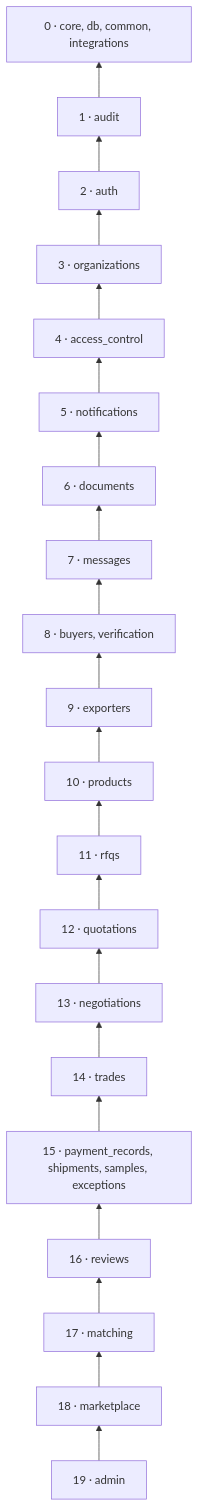
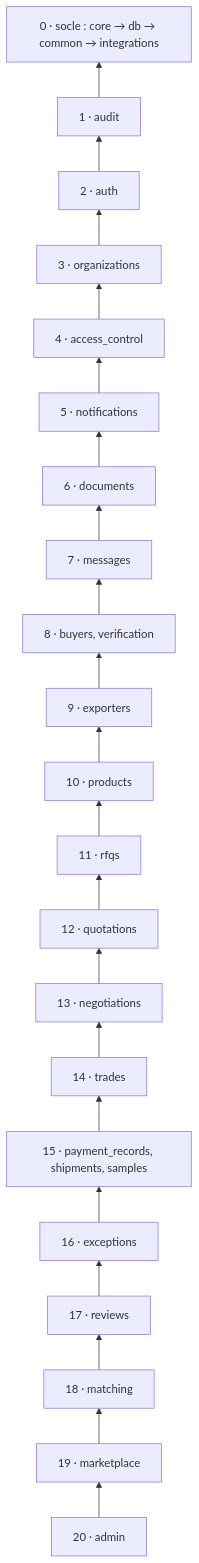
The diagram in docs/backend/module-boundaries.md (bry4ng4rrix/Madasource), drawn with Mermaid before and after one commit. The commit also changed other lines of this file and 14 other files, not shown here.

````diff
--- a/docs/backend/module-boundaries.md
+++ b/docs/backend/module-boundaries.md
@@ -57,42 +62,44 @@
 ```mermaid
 flowchart BT
-    L0["0 · core, db, common, integrations"]
+    L0["0 · socle : core → db → common → integrations"]
     L1["1 · audit"]
     L2["2 · auth"]
     L3["3 · organizations"]
     L4["4 · access_control"]
     L5["5 · notifications"]
     L6["6 · documents"]
     L7["7 · messages"]
     L8["8 · buyers, verification"]
     L9["9 · exporters"]
     L10["10 · products"]
     L11["11 · rfqs"]
     L12["12 · quotations"]
     L13["13 · negotiations"]
     L14["14 · trades"]
-    L15["15 · payment_records, shipments, samples, exceptions"]
-    L16["16 · reviews"]
-    L17["17 · matching"]
-    L18["18 · marketplace"]
-    L19["19 · admin"]
+    L15["15 · payment_records, shipments, samples"]
+    L16["16 · exceptions"]
+    L17["17 · reviews"]
+    L18["18 · matching"]
+    L19["19 · marketplace"]
+    L20["20 · admin"]
     L1 --> L0
     L2 --> L1
     L3 --> L2
     L4 --> L3
     L5 --> L4
     L6 --> L5
     L7 --> L6
     L8 --> L7
     L9 --> L8
     L10 --> L9
     L11 --> L10
     L12 --> L11
     L13 --> L12
     L14 --> L13
     L15 --> L14
     L16 --> L15
     L17 --> L16
     L18 --> L17
     L19 --> L18
+    L20 --> L19
 ```
````
